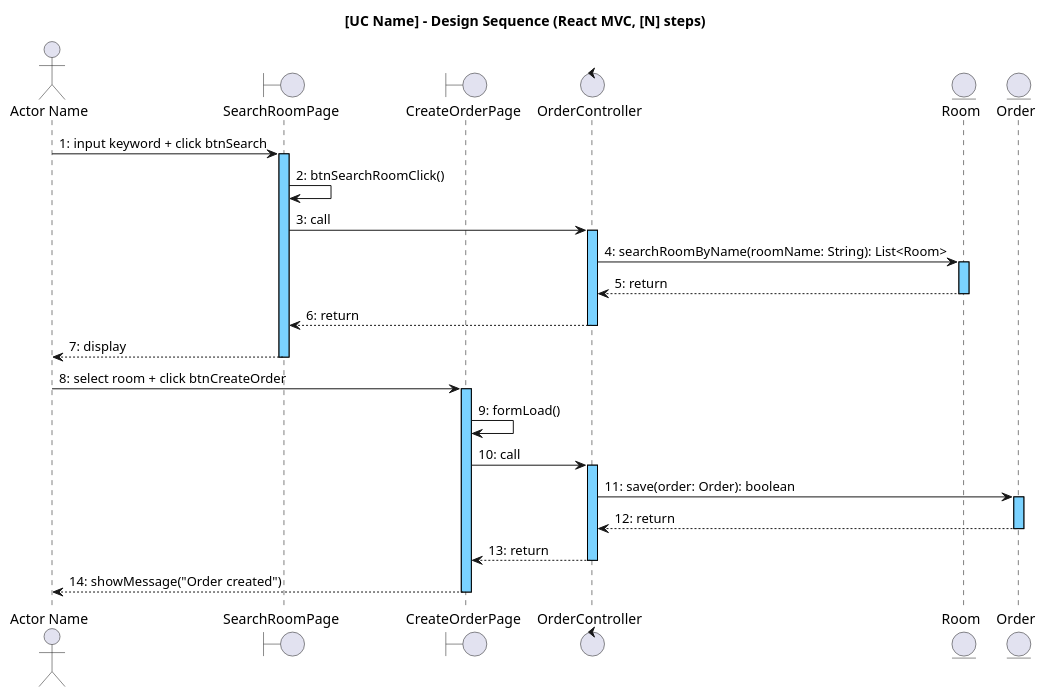
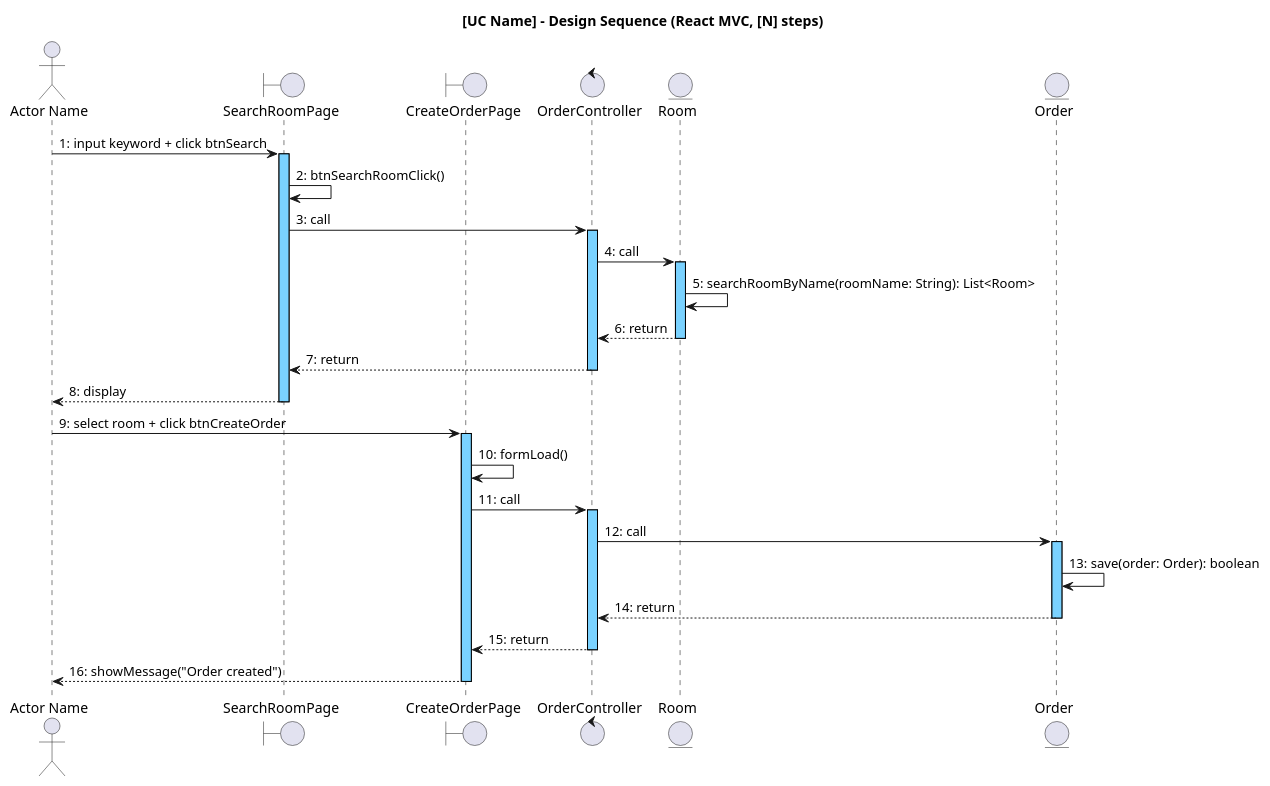
Before and after one commit to thanhtrnnn/cnpm: the second of 2 diagrams in .claude/skills/cnpm/references/iii.4_tuantu_thietke.md, drawn with PlantUML. The commit also changed other lines of this file and 4 other files, not shown here.

````diff
--- a/.claude/skills/cnpm/references/iii.4_tuantu_thietke.md
+++ b/.claude/skills/cnpm/references/iii.4_tuantu_thietke.md
@@ -116,45 +119,47 @@
 ```plantuml
 @startuml
 skinparam shadowing false
 skinparam SequenceMessageAlign left
 skinparam SequenceLifeLineBackgroundColor #7AD2FF
 skinparam SequenceLifeLineBorderColor #000000
 
 title [UC Name] – Design Sequence (React MVC, [N] steps)
 
 actor "Actor Name" as Actor
 boundary SearchRoomPage
 boundary CreateOrderPage
 control OrderController
 entity Room
 entity Order
 
 Actor -> SearchRoomPage : 1: input keyword + click btnSearch
 activate SearchRoomPage
 SearchRoomPage -> SearchRoomPage : 2: btnSearchRoomClick()
 SearchRoomPage -> OrderController : 3: call
 activate OrderController
-OrderController -> Room : 4: searchRoomByName(roomName: String): List<Room>
+OrderController -> Room : 4: call
 activate Room
-Room --> OrderController : 5: return
+Room -> Room : 5: searchRoomByName(roomName: String): List<Room>
+Room --> OrderController : 6: return
 deactivate Room
-OrderController --> SearchRoomPage : 6: return
+OrderController --> SearchRoomPage : 7: return
 deactivate OrderController
-SearchRoomPage --> Actor : 7: display
+SearchRoomPage --> Actor : 8: display
 deactivate SearchRoomPage
 
-Actor -> CreateOrderPage : 8: select room + click btnCreateOrder
+Actor -> CreateOrderPage : 9: select room + click btnCreateOrder
 activate CreateOrderPage
-CreateOrderPage -> CreateOrderPage : 9: formLoad()
-CreateOrderPage -> OrderController : 10: call
+CreateOrderPage -> CreateOrderPage : 10: formLoad()
+CreateOrderPage -> OrderController : 11: call
 activate OrderController
-OrderController -> Order : 11: save(order: Order): boolean
+OrderController -> Order : 12: call
 activate Order
-Order --> OrderController : 12: return
+Order -> Order : 13: save(order: Order): boolean
+Order --> OrderController : 14: return
 deactivate Order
-OrderController --> CreateOrderPage : 13: return
+OrderController --> CreateOrderPage : 15: return
 deactivate OrderController
-CreateOrderPage --> Actor : 14: showMessage("Order created")
+CreateOrderPage --> Actor : 16: showMessage("Order created")
 deactivate CreateOrderPage
 @enduml
 ```
````
